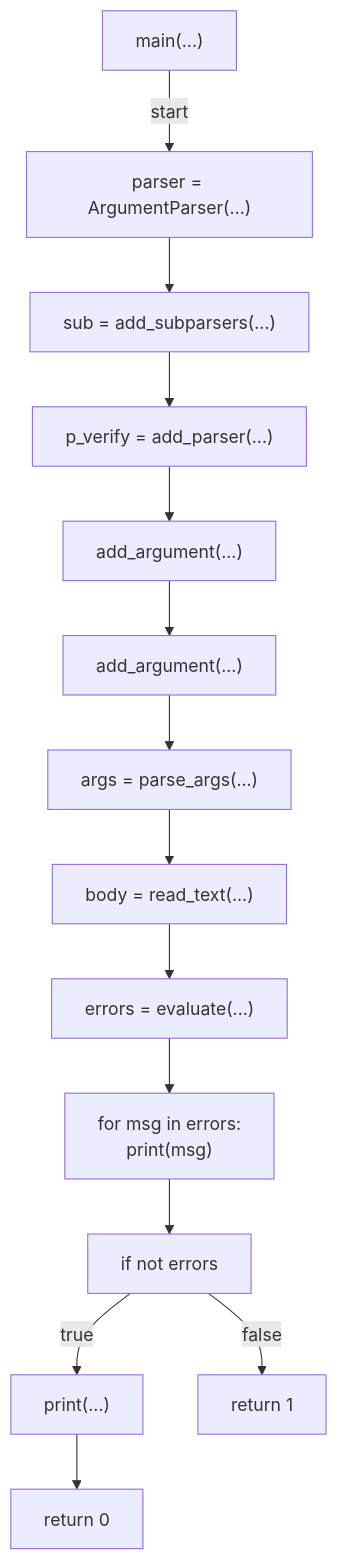
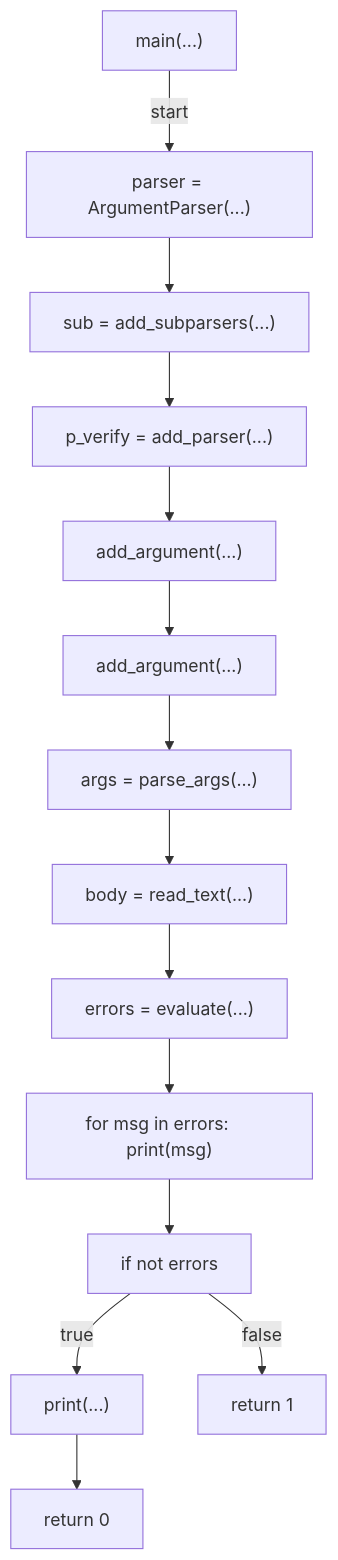
One commit to tvna/claude-md changed the third of 3 diagrams in docs/generated/scripts/ast/preflight_pr_body.md. Above: the diagram before and after it, drawn with Mermaid. The commit also changed other lines of this file and 29 other files, not shown here.

First line of the commit message:
docs(generated): regenerate decision tree and workflow diagrams (batch 3/5)

````diff
--- a/docs/generated/scripts/ast/preflight_pr_body.md
+++ b/docs/generated/scripts/ast/preflight_pr_body.md
@@ -66,31 +65,30 @@
 ```mermaid
 flowchart TD
     N001["main(...)"]
     N002["parser = ArgumentParser(...)"]
     N003["sub = add_subparsers(...)"]
     N004["p_verify = add_parser(...)"]
     N005["add_argument(...)"]
     N006["add_argument(...)"]
     N007["args = parse_args(...)"]
     N008["body = read_text(...)"]
     N009["errors = evaluate(...)"]
-    N010["for msg in errors:
-    print(msg)"]
+    N010["for msg in errors:     print(msg)"]
     N011["if not errors"]
     N012["print(...)"]
     N013["return 0"]
     N014["return 1"]
     N001 -->|"start"| N002
     N002 --> N003
     N003 --> N004
     N004 --> N005
     N005 --> N006
     N006 --> N007
     N007 --> N008
     N008 --> N009
     N009 --> N010
     N010 --> N011
     N011 -->|"true"| N012
     N012 --> N013
     N011 -->|"false"| N014
 ```
````
